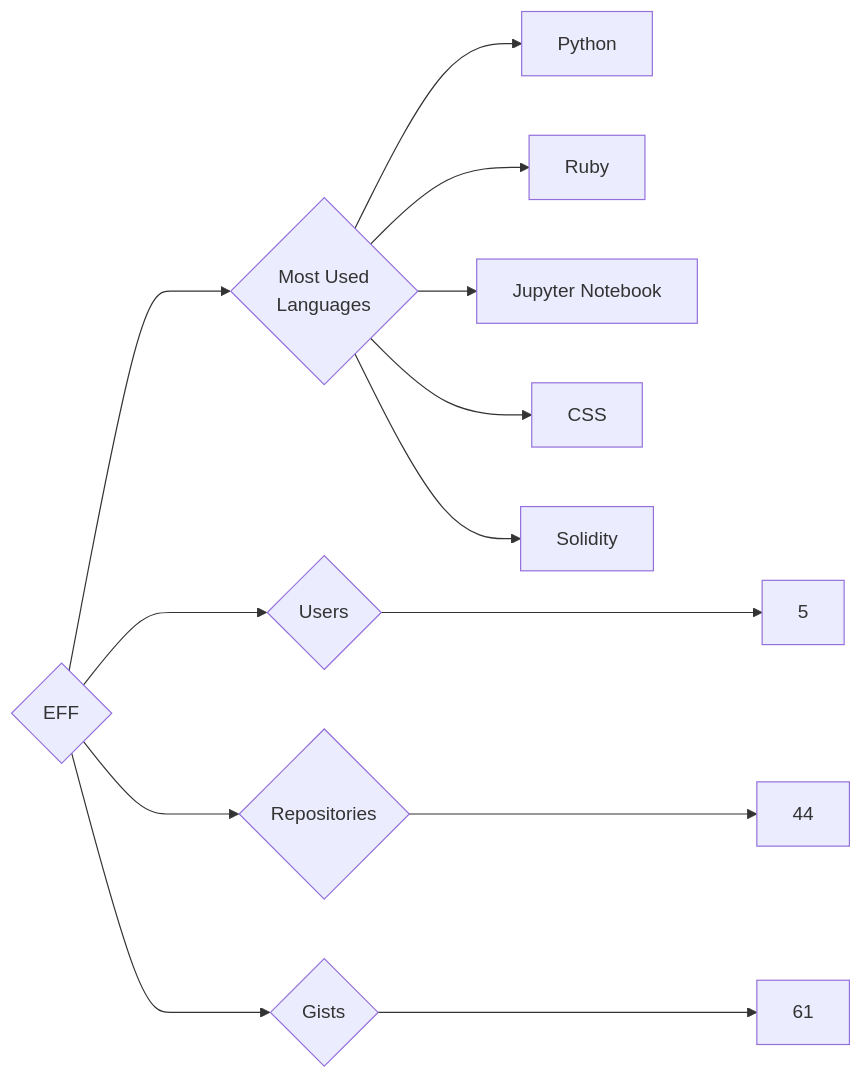
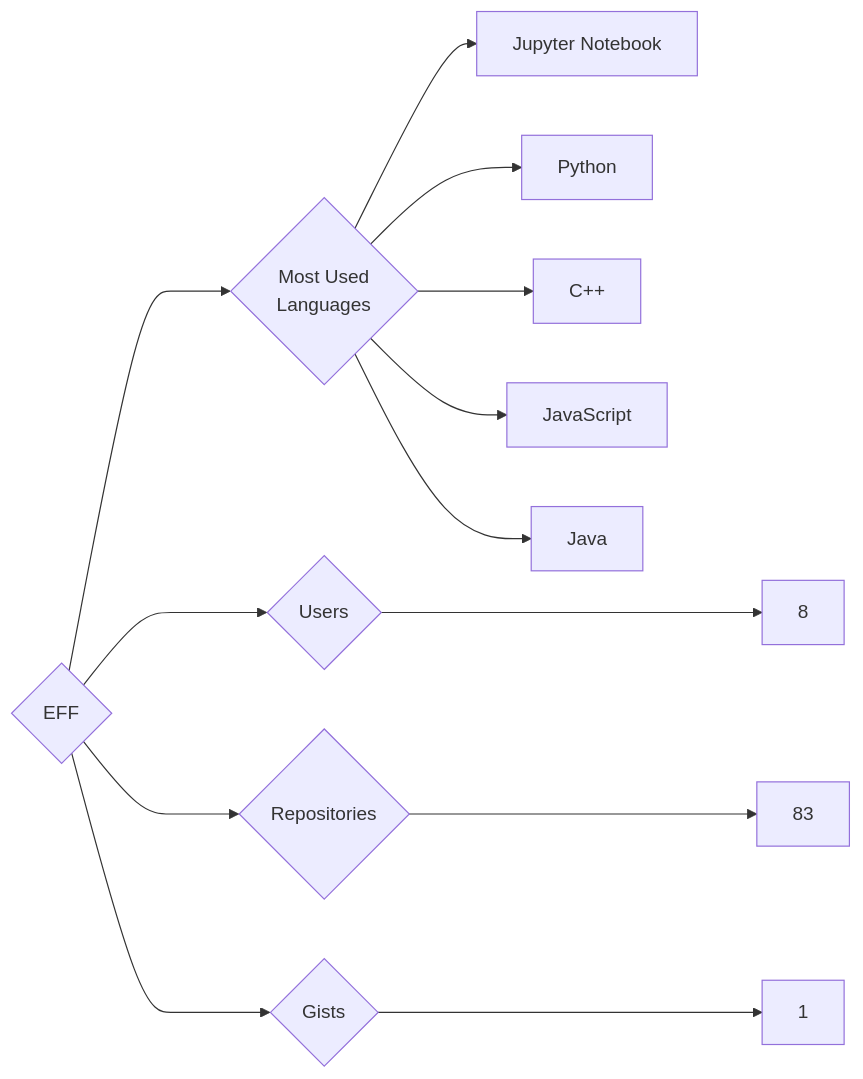
Before and after one commit to trickest/insiders: the diagram in targets/EFF/README.md, drawn with Mermaid. The commit also changed 934 other files, not shown here.

````diff
--- a/targets/EFF/README.md
+++ b/targets/EFF/README.md
@@ -3,13 +3,13 @@
 ```mermaid
 graph LR
 COMPANY_NAME{EFF}
-COMPANY_NAME ---> U{Users} ---> UN[5]
-COMPANY_NAME ---> R{Repositories} ---> RN[44]
-COMPANY_NAME ---> G{Gists} ---> GN[61]
+COMPANY_NAME ---> U{Users} ---> UN[8]
+COMPANY_NAME ---> R{Repositories} ---> RN[83]
+COMPANY_NAME ---> G{Gists} ---> GN[1]
 COMPANY_NAME ---> ML{Most Used<br>Languages}
+ML --> Jupyter_Notebook[Jupyter Notebook]
 ML --> Python[Python]
-ML --> Ruby[Ruby]
-ML --> Jupyter_Notebook[Jupyter Notebook]
-ML --> CSS[CSS]
-ML --> Solidity[Solidity]
+ML --> C++[C++]
+ML --> JavaScript[JavaScript]
+ML --> Java[Java]
 ```
````
